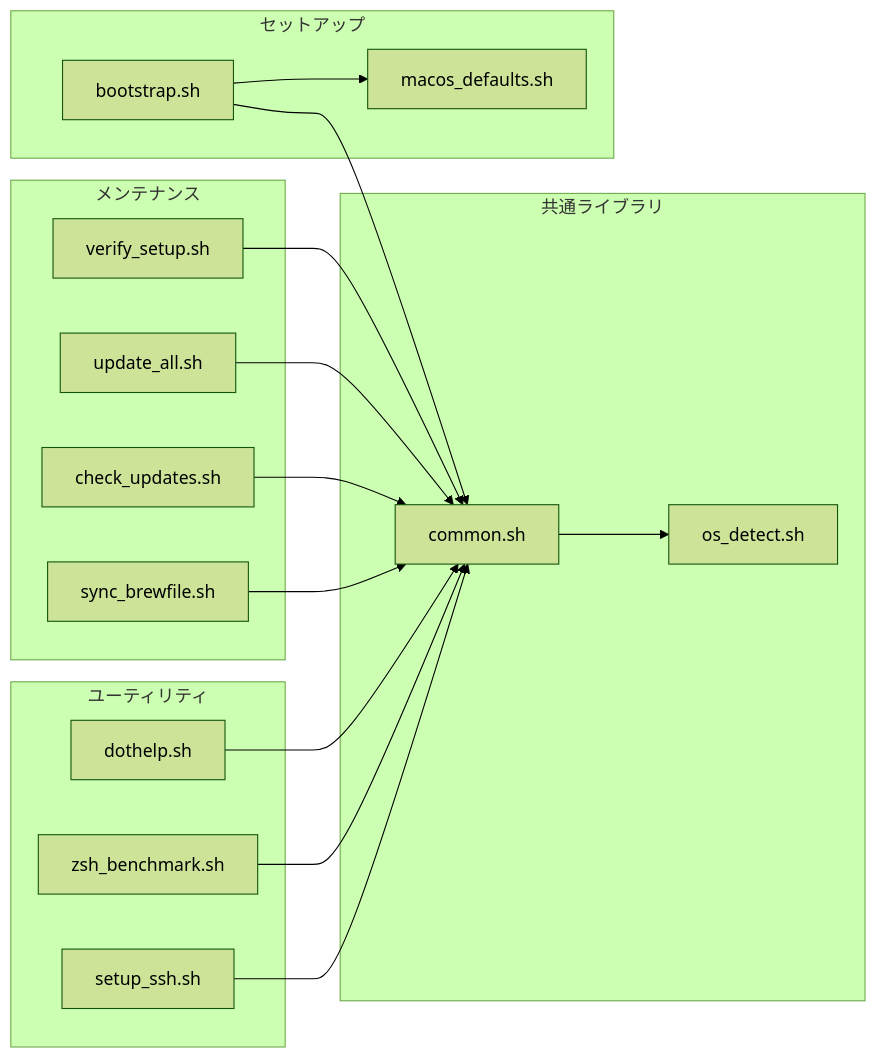
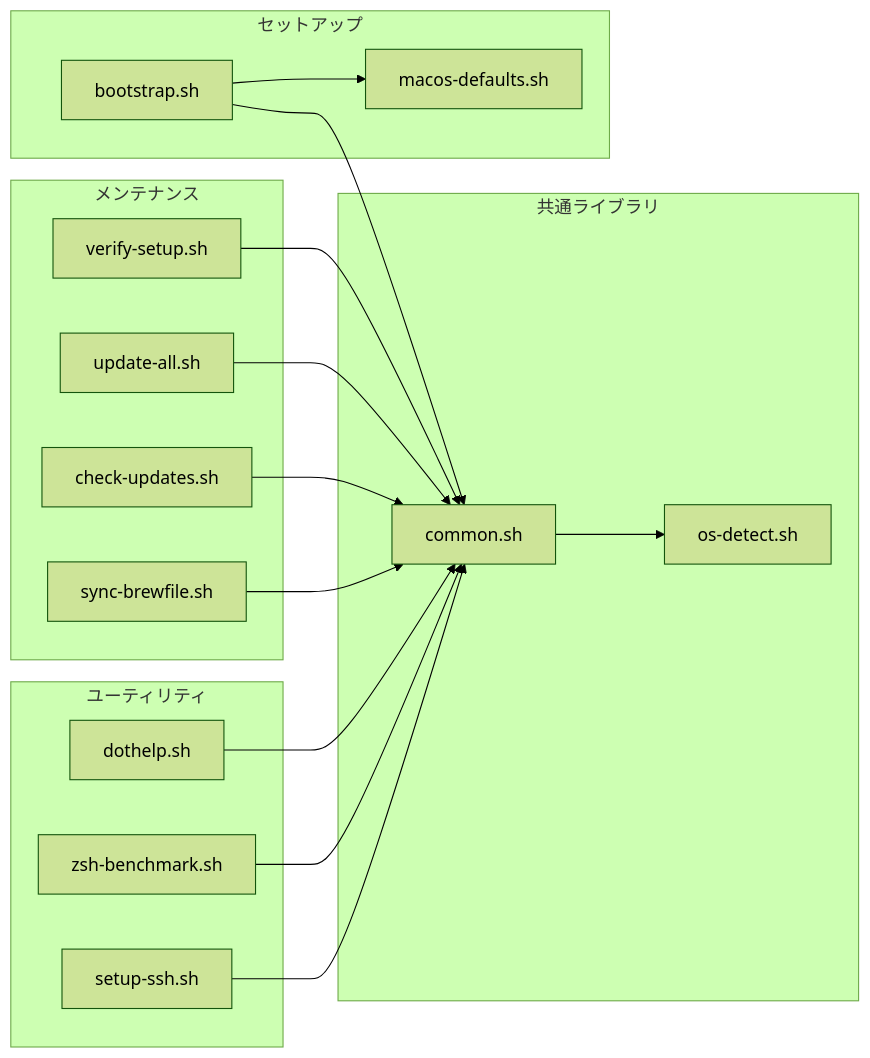
Before and after one commit to otake-shol/dotfiles: the second of 4 diagrams in docs/ARCHITECTURE.md, drawn with Mermaid (forest theme). The commit also changed other lines of this file and 22 other files, not shown here.

````diff
--- a/docs/ARCHITECTURE.md
+++ b/docs/ARCHITECTURE.md
@@ -102,35 +101,35 @@
 ```mermaid
 flowchart LR
     subgraph "共通ライブラリ"
         L1["common.sh"]
-        L2["os_detect.sh"]
+        L2["os-detect.sh"]
         L1 --> L2
     end
 
     subgraph "セットアップ"
         S1["bootstrap.sh"]
-        S2["macos_defaults.sh"]
+        S2["macos-defaults.sh"]
         S1 --> L1
         S1 --> S2
     end
 
     subgraph "メンテナンス"
-        M1["verify_setup.sh"]
-        M2["update_all.sh"]
-        M3["check_updates.sh"]
-        M4["sync_brewfile.sh"]
+        M1["verify-setup.sh"]
+        M2["update-all.sh"]
+        M3["check-updates.sh"]
+        M4["sync-brewfile.sh"]
         M1 --> L1
         M2 --> L1
         M3 --> L1
         M4 --> L1
     end
 
     subgraph "ユーティリティ"
         U1["dothelp.sh"]
-        U2["zsh_benchmark.sh"]
-        U3["setup_ssh.sh"]
+        U2["zsh-benchmark.sh"]
+        U3["setup-ssh.sh"]
         U1 --> L1
         U2 --> L1
         U3 --> L1
     end
 ```
````
